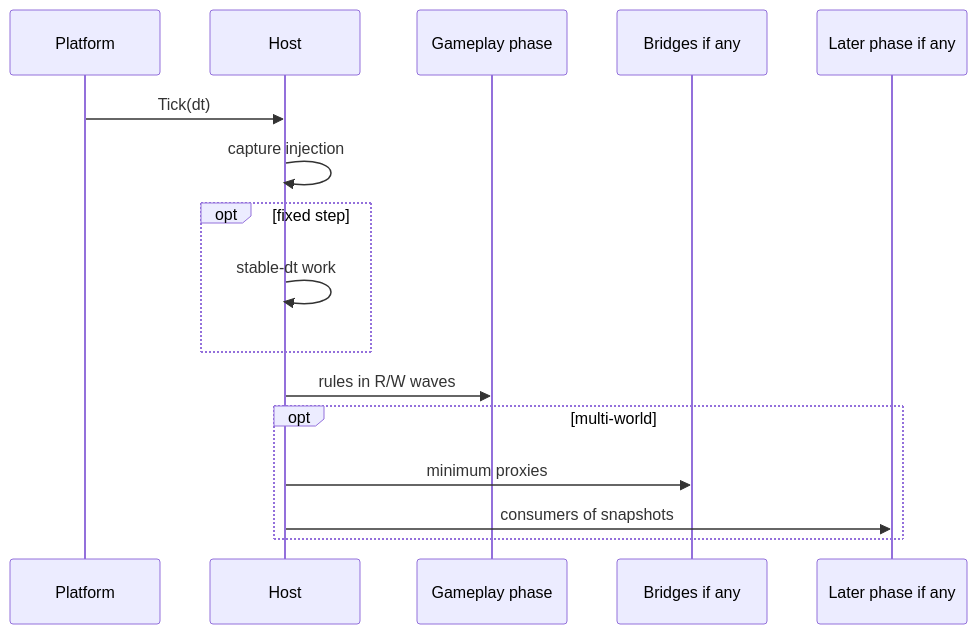
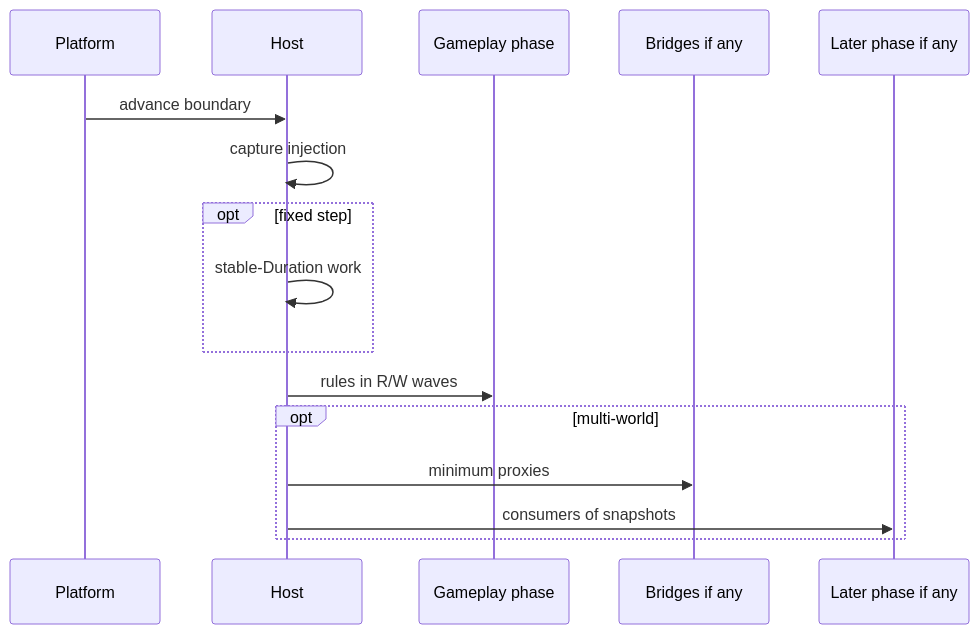
Before and after one commit to fm39hz/fm39hz-blogs: the sixth of 6 diagrams in src/content/articles/another-way-to-think-about-game-architecture.md, drawn with Mermaid. The commit also changed other lines of this file and 1 other file, not shown here.

````diff
--- a/src/content/articles/another-way-to-think-about-game-architecture.md
+++ b/src/content/articles/another-way-to-think-about-game-architecture.md
@@ -493,19 +478,19 @@
 ```mermaid
 sequenceDiagram
     participant Platform
     participant Host
     participant G as Gameplay phase
     participant Br as Bridges if any
     participant L as Later phase if any
 
-    Platform->>Host: Tick(dt)
+    Platform->>Host: advance boundary
     Host->>Host: capture injection
     opt fixed step
-        Host->>Host: stable-dt work
+        Host->>Host: stable-Duration work
     end
     Host->>G: rules in R/W waves
     opt multi-world
         Host->>Br: minimum proxies
         Host->>L: consumers of snapshots
     end
 ```
````
